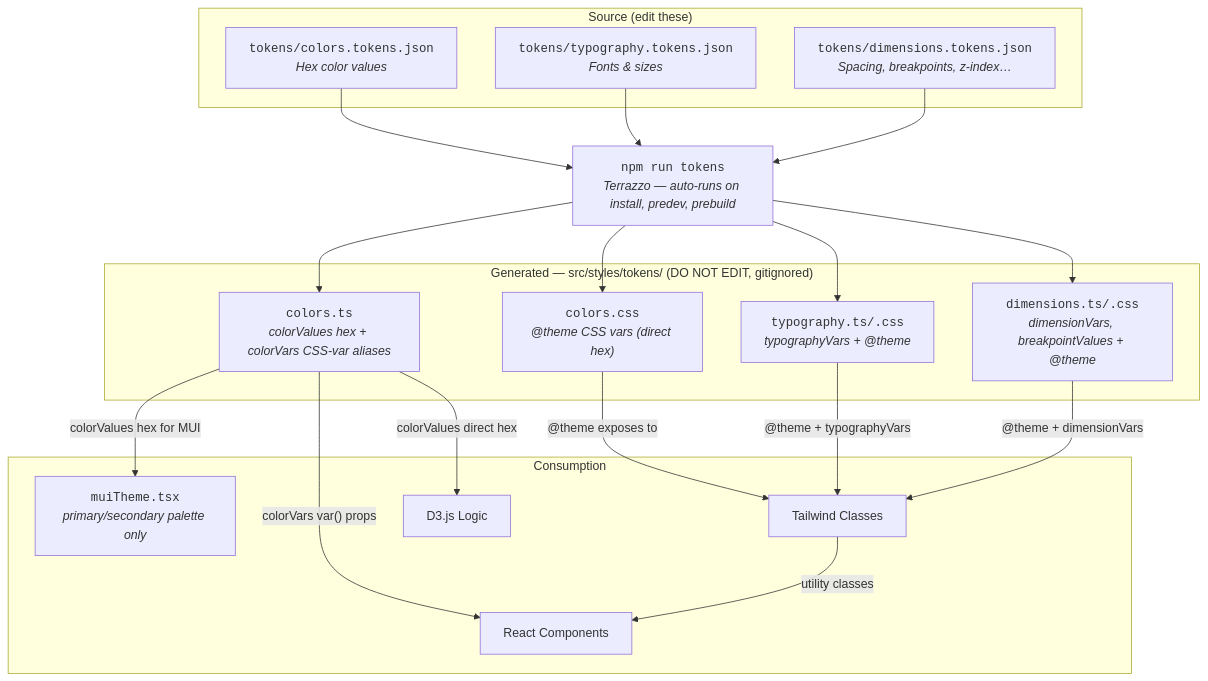
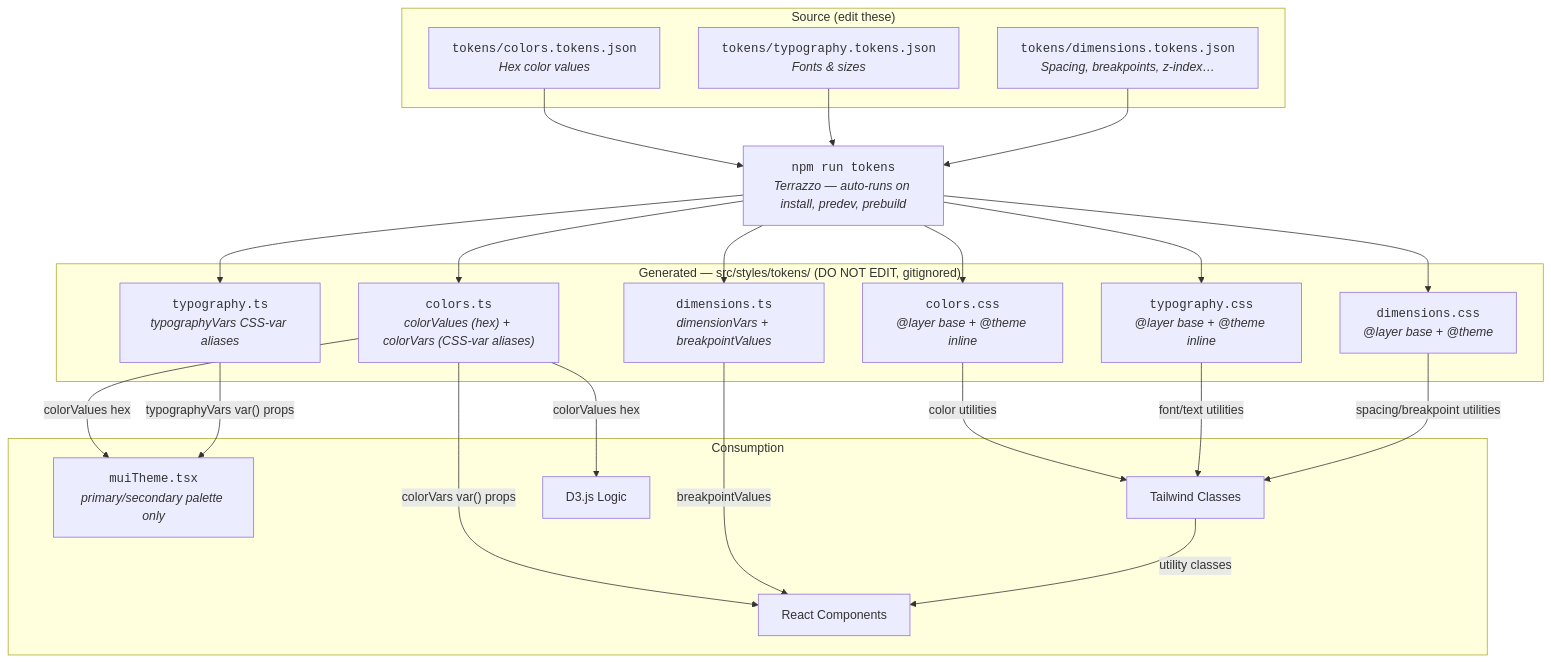
The diagram in README.md (SatcherInstitute/health-equity-tracker), drawn with Mermaid before and after one commit. The commit also changed 1 other file, not shown here.

````diff
--- a/README.md
+++ b/README.md
@@ -268,41 +268,45 @@
 ```mermaid
 flowchart TD
     %% Source Layer
     subgraph Source["Source (edit these)"]
         CT["<code>tokens/colors.tokens.json</code><br/><i>Hex color values</i>"]
         TT["<code>tokens/typography.tokens.json</code><br/><i>Fonts &amp; sizes</i>"]
         DT["<code>tokens/dimensions.tokens.json</code><br/><i>Spacing, breakpoints, z-index…</i>"]
     end
 
     %% Build Step
     BUILD["<code>npm run tokens</code><br/><i>Terrazzo — auto-runs on install, predev, prebuild</i>"]
 
     %% Generated Layer
     subgraph Generated["Generated — src/styles/tokens/ (DO NOT EDIT, gitignored)"]
-        HEX["<code>colors.ts</code><br/><i>colorValues hex + colorVars CSS-var aliases</i>"]
-        CV_CSS["<code>colors.css</code><br/><i>@theme CSS vars (direct hex)</i>"]
-        TYP["<code>typography.ts/.css</code><br/><i>typographyVars + @theme</i>"]
-        DES["<code>dimensions.ts/.css</code><br/><i>dimensionVars, breakpointValues + @theme</i>"]
+        COLORS_TS["<code>colors.ts</code><br/><i>colorValues (hex) + colorVars (CSS-var aliases)</i>"]
+        COLORS_CSS["<code>colors.css</code><br/><i>@layer base + @theme inline</i>"]
+        TYPO_TS["<code>typography.ts</code><br/><i>typographyVars CSS-var aliases</i>"]
+        TYPO_CSS["<code>typography.css</code><br/><i>@layer base + @theme inline</i>"]
+        DIM_TS["<code>dimensions.ts</code><br/><i>dimensionVars + breakpointValues</i>"]
+        DIM_CSS["<code>dimensions.css</code><br/><i>@layer base + @theme</i>"]
     end
 
     %% Consumption Layer
     subgraph Consumption
         MUI_T["<code>muiTheme.tsx</code><br/><i>primary/secondary palette only</i>"]
         TW["Tailwind Classes"]
         D3["D3.js Logic"]
         REACT["React Components"]
     end
 
     CT --> BUILD
     TT --> BUILD
     DT --> BUILD
-    BUILD --> HEX & CV_CSS & TYP & DES
+    BUILD --> COLORS_TS & COLORS_CSS & TYPO_TS & TYPO_CSS & DIM_TS & DIM_CSS
 
-    HEX -->|"colorValues hex for MUI"| MUI_T
-    HEX -->|"colorValues direct hex"| D3
-    CV_CSS -->|"@theme exposes to"| TW
-    HEX -->|"colorVars var() props"| REACT
-    TYP -->|"@theme + typographyVars"| TW
-    DES -->|"@theme + dimensionVars"| TW
+    COLORS_TS -->|"colorValues hex"| MUI_T
+    COLORS_TS -->|"colorValues hex"| D3
+    COLORS_TS -->|"colorVars var() props"| REACT
+    COLORS_CSS -->|"color utilities"| TW
+    TYPO_TS -->|"typographyVars var() props"| MUI_T
+    TYPO_CSS -->|"font/text utilities"| TW
+    DIM_TS -->|"breakpointValues"| REACT
+    DIM_CSS -->|"spacing/breakpoint utilities"| TW
     TW -->|"utility classes"| REACT
 ```
````
